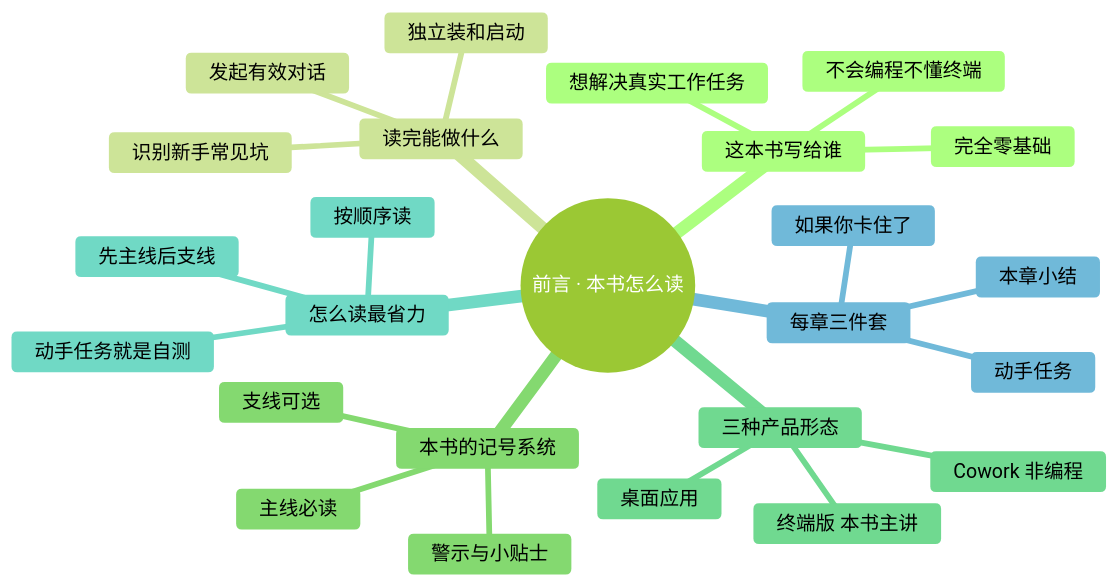
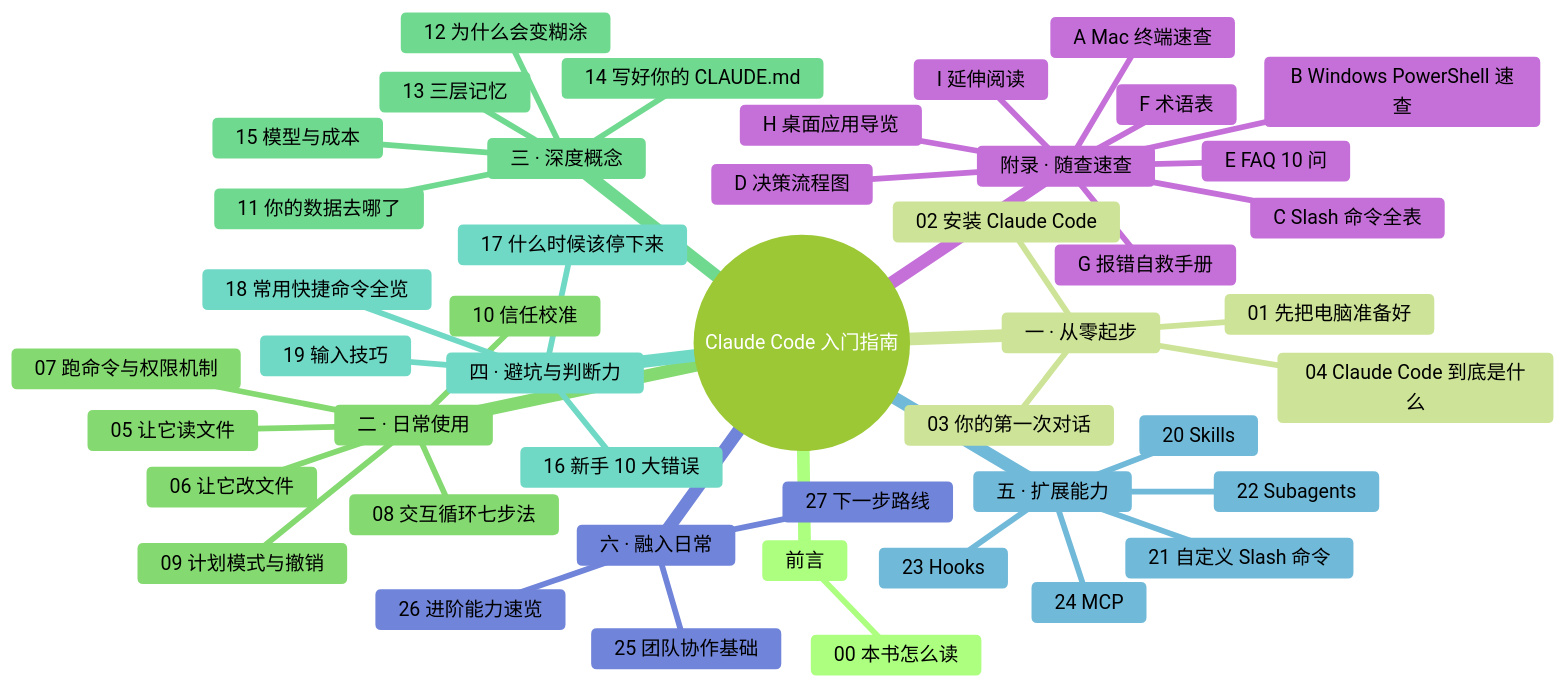
The diagram in manuscript/00-前言/00-本书怎么读.md (mali9527/claude-code-full-guide-for-beginners), drawn with Mermaid before and after one commit. The commit also changed other lines of this file and 3 other files, not shown here.

First line of the commit message:
feat(mindmap): MM-08 重构为全书大图（root = Claude Code 入门指南）

````diff
--- a/manuscript/00-前言/00-本书怎么读.md
+++ b/manuscript/00-前言/00-本书怎么读.md
@@ -8,36 +10,57 @@
 ```mermaid
 ---
 config:
   theme: forest
   themeVariables:
     fontFamily: "-apple-system, 'SF Pro Text', 'PingFang SC', 'Helvetica Neue', sans-serif"
     fontSize: "17px"
     lineColor: "#D9D9D9"
 ---
 mindmap
-  root((前言 · 本书怎么读))
-    这本书写给谁
-      完全零基础
-      不会编程不懂终端
-      想解决真实工作任务
-    读完能做什么
-      独立装和启动
-      发起有效对话
-      识别新手常见坑
-    本书的记号系统
-      主线必读
-      支线可选
-      警示与小贴士
-    三种产品形态
-      终端版 本书主讲
-      桌面应用
-      Cowork 非编程
-    怎么读最省力
-      按顺序读
-      先主线后支线
-      动手任务就是自测
-    每章三件套
-      本章小结
-      动手任务
-      如果你卡住了
+  root((Claude Code 入门指南))
+    前言
+      00 本书怎么读
+    一 · 从零起步
+      01 先把电脑准备好
+      02 安装 Claude Code
+      03 你的第一次对话
+      04 Claude Code 到底是什么
+    二 · 日常使用
+      05 让它读文件
+      06 让它改文件
+      07 跑命令与权限机制
+      08 交互循环七步法
+      09 计划模式与撤销
+      10 信任校准
+    三 · 深度概念
+      11 你的数据去哪了
+      12 为什么会变糊涂
+      13 三层记忆
+      14 写好你的 CLAUDE.md
+      15 模型与成本
+    四 · 避坑与判断力
+      16 新手 10 大错误
+      17 什么时候该停下来
+      18 常用快捷命令全览
+      19 输入技巧
+    五 · 扩展能力
+      20 Skills
+      21 自定义 Slash 命令
+      22 Subagents
+      23 Hooks
+      24 MCP
+    六 · 融入日常
+      25 团队协作基础
+      26 进阶能力速览
+      27 下一步路线
+    附录 · 随查速查
+      A Mac 终端速查
+      B Windows PowerShell 速查
+      C Slash 命令全表
+      D 决策流程图
+      E FAQ 10 问
+      F 术语表
+      G 报错自救手册
+      H 桌面应用导览
+      I 延伸阅读
 ```
````
